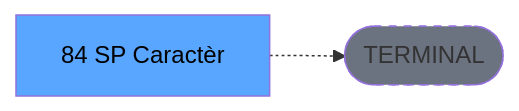
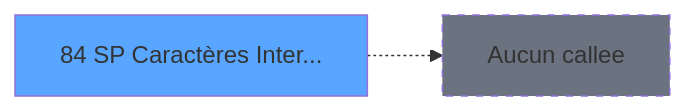
One commit to thonyAGP/magic-migration changed the third of 3 diagrams in .openspec/specs/ADH-IDE-84.md. Above: the diagram before and after it, drawn with Mermaid. The commit also changed other lines of this file and 253 other files, not shown here.

````diff
--- a/.openspec/specs/ADH-IDE-84.md
+++ b/.openspec/specs/ADH-IDE-84.md
@@ -134,8 +236,8 @@
 ```mermaid
 graph LR
-    T[84     SP Caractèr]
-    TERM([TERMINAL])
-    T -.-> TERM
-    style TERM fill:#6b7280,stroke-dasharray: 5 5
-    style T fill:#58a6ff,color:#000
+    T84[84 SP Caractères Inter...]
+    style T84 fill:#58a6ff
+    NONE[Aucun callee]
+    T84 -.-> NONE
+    style NONE fill:#6b7280,stroke-dasharray: 5 5
 ```
````
